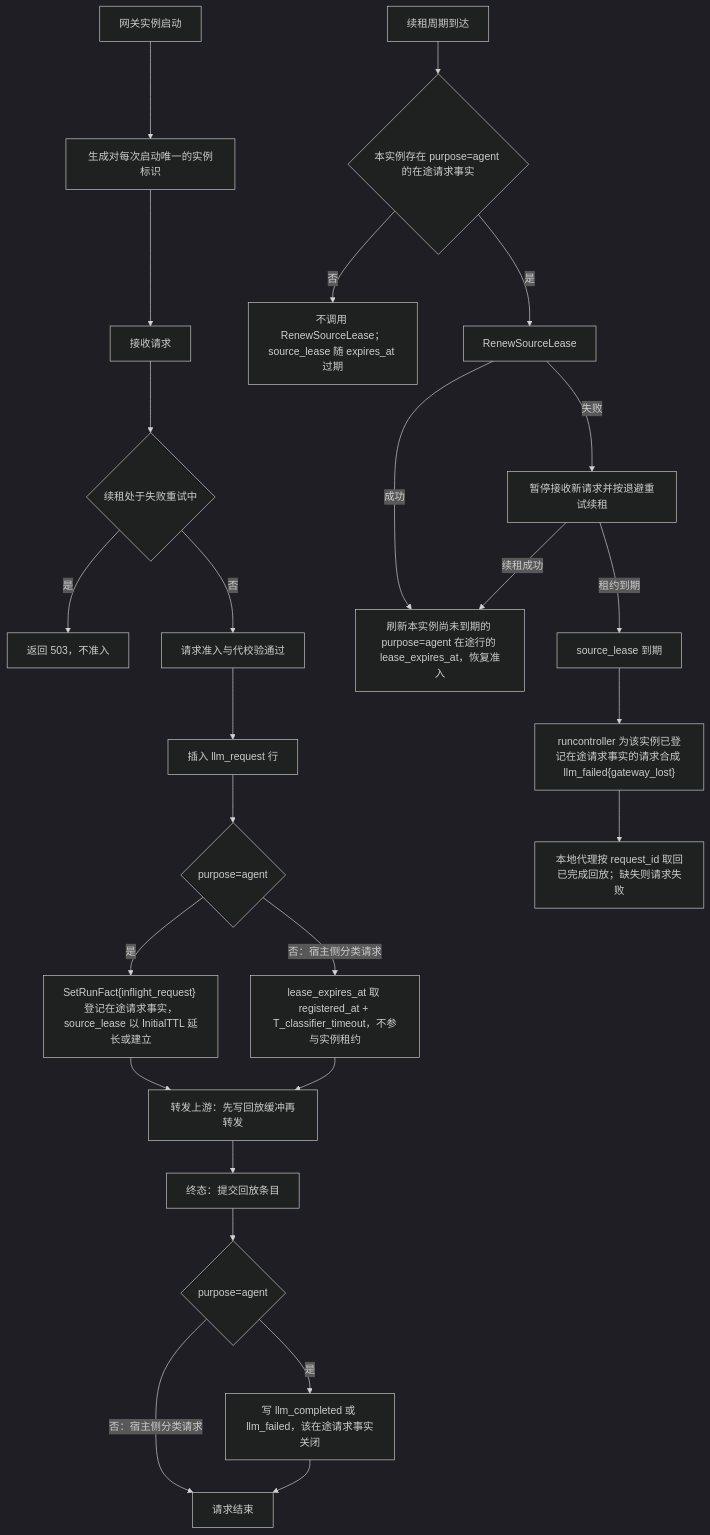
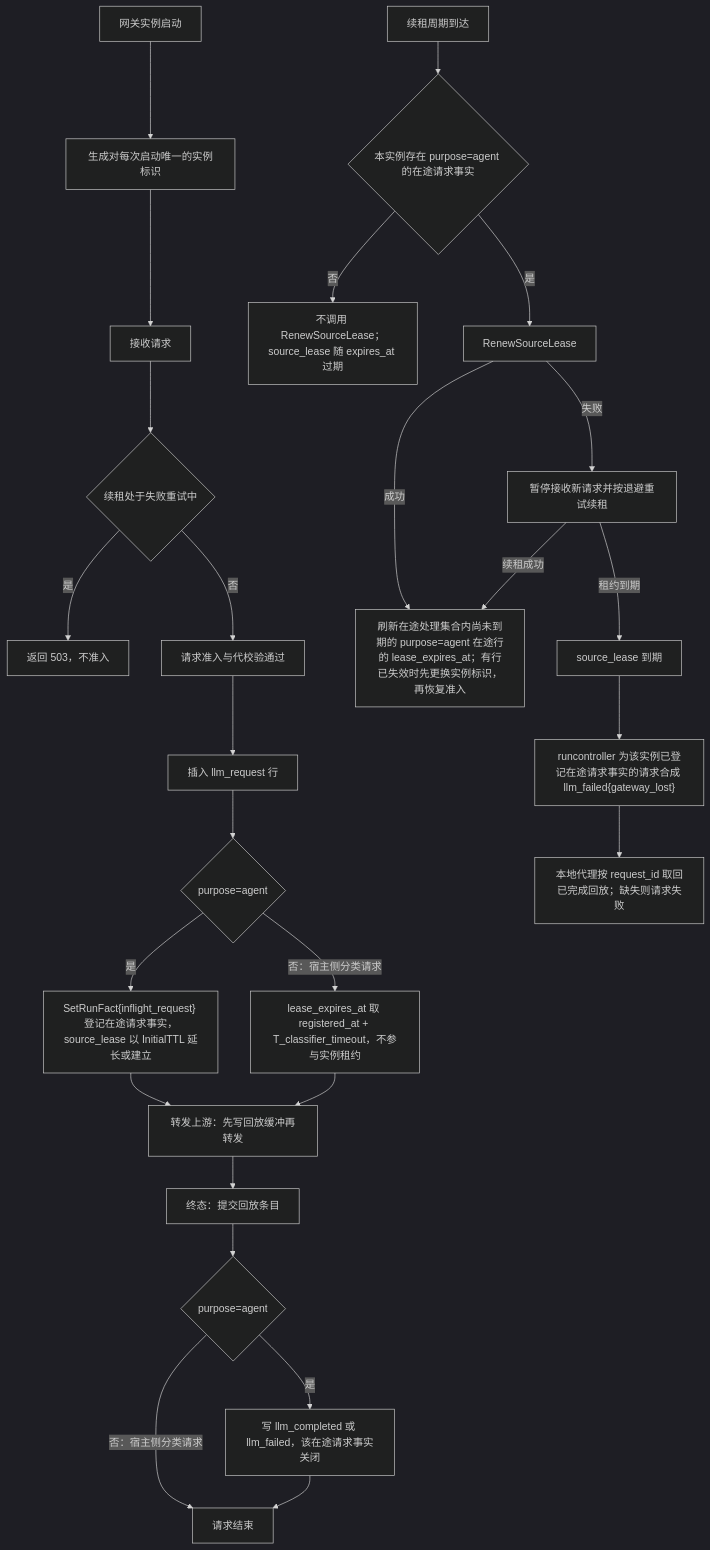
The third of 3 diagrams in docs/design/modules/design-llmgateway.md (wangzw/castworks), drawn with Mermaid (dark theme) before and after one commit. The commit also changed other lines of this file and 5 other files, not shown here.

````diff
--- a/docs/design/modules/design-llmgateway.md
+++ b/docs/design/modules/design-llmgateway.md
@@ -223,28 +231,28 @@
 ```mermaid
 flowchart TD
     A["网关实例启动"] --> B["生成对每次启动唯一的实例标识"]
     B --> C["接收请求"]
     C --> D{"续租处于失败重试中"}
     D -- "是" --> W["返回 503，不准入"]
     D -- "否" --> I["请求准入与代校验通过"]
     I --> N["插入 llm_request 行"]
     N --> O{"purpose=agent"}
     O -- "是" --> J["SetRunFact{inflight_request} 登记在途请求事实，source_lease 以 InitialTTL 延长或建立"]
     O -- "否：宿主侧分类请求" --> X["lease_expires_at 取 registered_at + T_classifier_timeout，不参与实例租约"]
     J --> K["转发上游：先写回放缓冲再转发"]
     X --> K
     K --> P["终态：提交回放条目"]
     P --> Q{"purpose=agent"}
     Q -- "是" --> L["写 llm_completed 或 llm_failed，该在途请求事实关闭"]
     Q -- "否：宿主侧分类请求" --> Z["请求结束"]
     L --> Z
     T["续租周期到达"] --> U{"本实例存在 purpose=agent 的在途请求事实"}
     U -- "否" --> V["不调用 RenewSourceLease；source_lease 随 expires_at 过期"]
     U -- "是" --> R["RenewSourceLease"]
-    R -- "成功" --> S["刷新本实例尚未到期的 purpose=agent 在途行的 lease_expires_at，恢复准入"]
+    R -- "成功" --> S["刷新在途处理集合内尚未到期的 purpose=agent 在途行的 lease_expires_at；有行已失效时先更换实例标识，再恢复准入"]
     R -- "失败" --> E["暂停接收新请求并按退避重试续租"]
     E -->|"续租成功"| S
     E -->|"租约到期"| F["source_lease 到期"]
     F --> G["runcontroller 为该实例已登记在途请求事实的请求合成 llm_failed{gateway_lost}"]
     G --> H["本地代理按 request_id 取回已完成回放；缺失则请求失败"]
 ```
````
